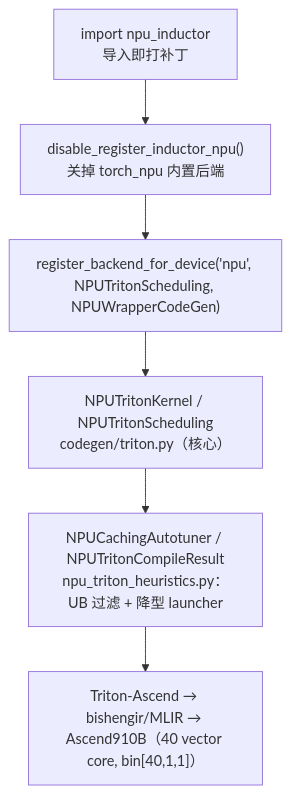
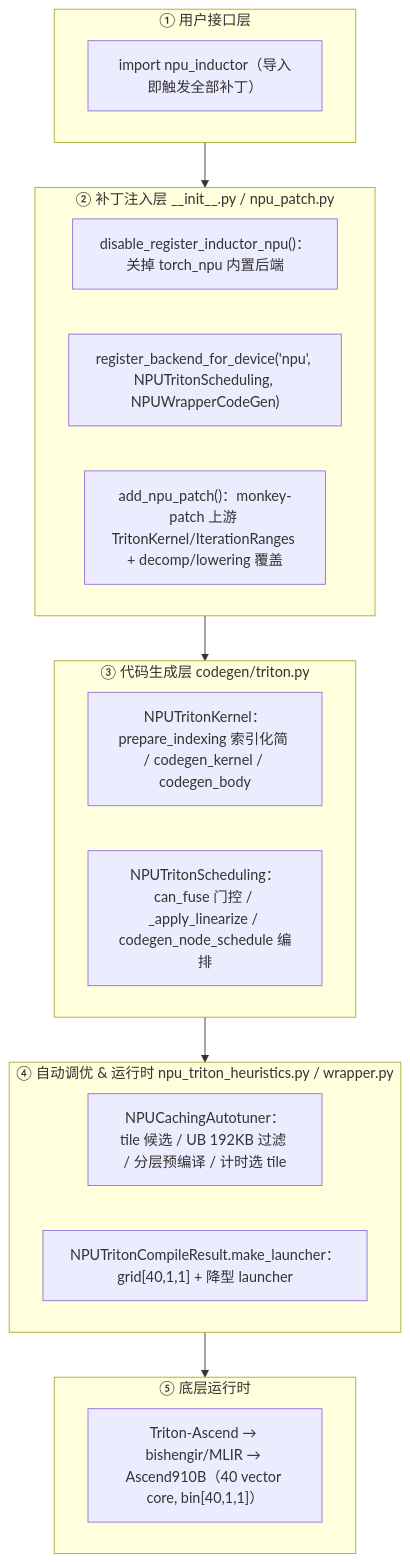
Before and after one commit to suhaibo666/llm-knowledge: the diagram in wiki/02_engineering/01_ai_frameworks/04_inductor/npu/npu_inductor_linearize_backend_analysis.md, drawn with Mermaid. The commit also changed other lines of this file and 5 other files, not shown here.

First line of the commit message:
wiki(04_inductor): NPU 实验后端分析完整录入(拆3页+§0对标+§1三方output code)+融合补全

````diff
--- a/wiki/02_engineering/01_ai_frameworks/04_inductor/npu/npu_inductor_linearize_backend_analysis.md
+++ b/wiki/02_engineering/01_ai_frameworks/04_inductor/npu/npu_inductor_linearize_backend_analysis.md
@@ -29,8 +19,23 @@
 ```mermaid
 flowchart TB
-    A["import npu_inductor<br/>导入即打补丁"] --> B["disable_register_inductor_npu()<br/>关掉 torch_npu 内置后端"]
-    B --> C["register_backend_for_device('npu', NPUTritonScheduling, NPUWrapperCodeGen)"]
-    C --> D["NPUTritonKernel / NPUTritonScheduling<br/>codegen/triton.py（核心）"]
-    D --> E["NPUCachingAutotuner / NPUTritonCompileResult<br/>npu_triton_heuristics.py：UB 过滤 + 降型 launcher"]
-    E --> F["Triton-Ascend → bishengir/MLIR → Ascend910B（40 vector core, bin[40,1,1]）"]
+    subgraph UI["① 用户接口层"]
+        A1["import npu_inductor（导入即触发全部补丁）"]
+    end
+    subgraph PATCH["② 补丁注入层  __init__.py / npu_patch.py"]
+        B1["disable_register_inductor_npu()：关掉 torch_npu 内置后端"]
+        B2["register_backend_for_device('npu', NPUTritonScheduling, NPUWrapperCodeGen)"]
+        B3["add_npu_patch()：monkey-patch 上游 TritonKernel/IterationRanges + decomp/lowering 覆盖"]
+    end
+    subgraph CG["③ 代码生成层  codegen/triton.py"]
+        C1["NPUTritonKernel：prepare_indexing 索引化简 / codegen_kernel / codegen_body"]
+        C2["NPUTritonScheduling：can_fuse 门控 / _apply_linearize / codegen_node_schedule 编排"]
+    end
+    subgraph RT["④ 自动调优 & 运行时  npu_triton_heuristics.py / wrapper.py"]
+        D1["NPUCachingAutotuner：tile 候选 / UB 192KB 过滤 / 分层预编译 / 计时选 tile"]
+        D2["NPUTritonCompileResult.make_launcher：grid[40,1,1] + 降型 launcher"]
+    end
+    subgraph HW["⑤ 底层运行时"]
+        E1["Triton-Ascend → bishengir/MLIR → Ascend910B（40 vector core, bin[40,1,1]）"]
+    end
+    UI --> PATCH --> CG --> RT --> HW
 ```
````
